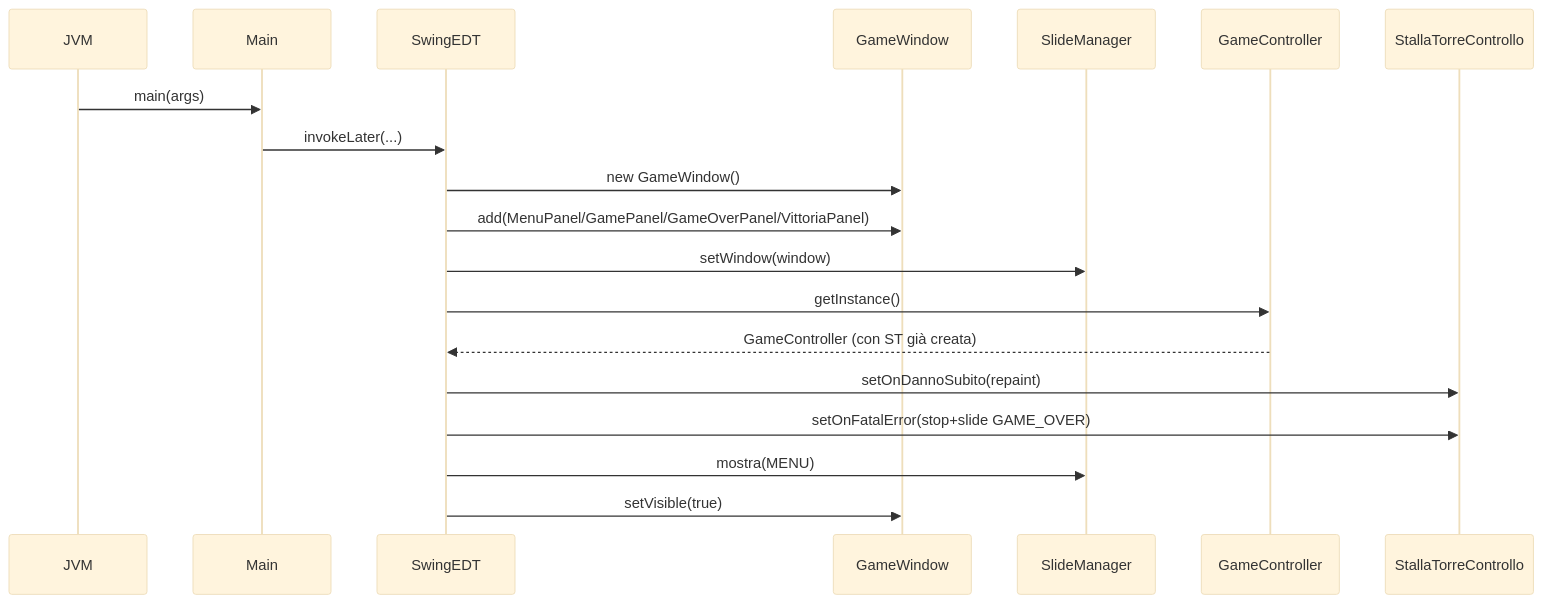
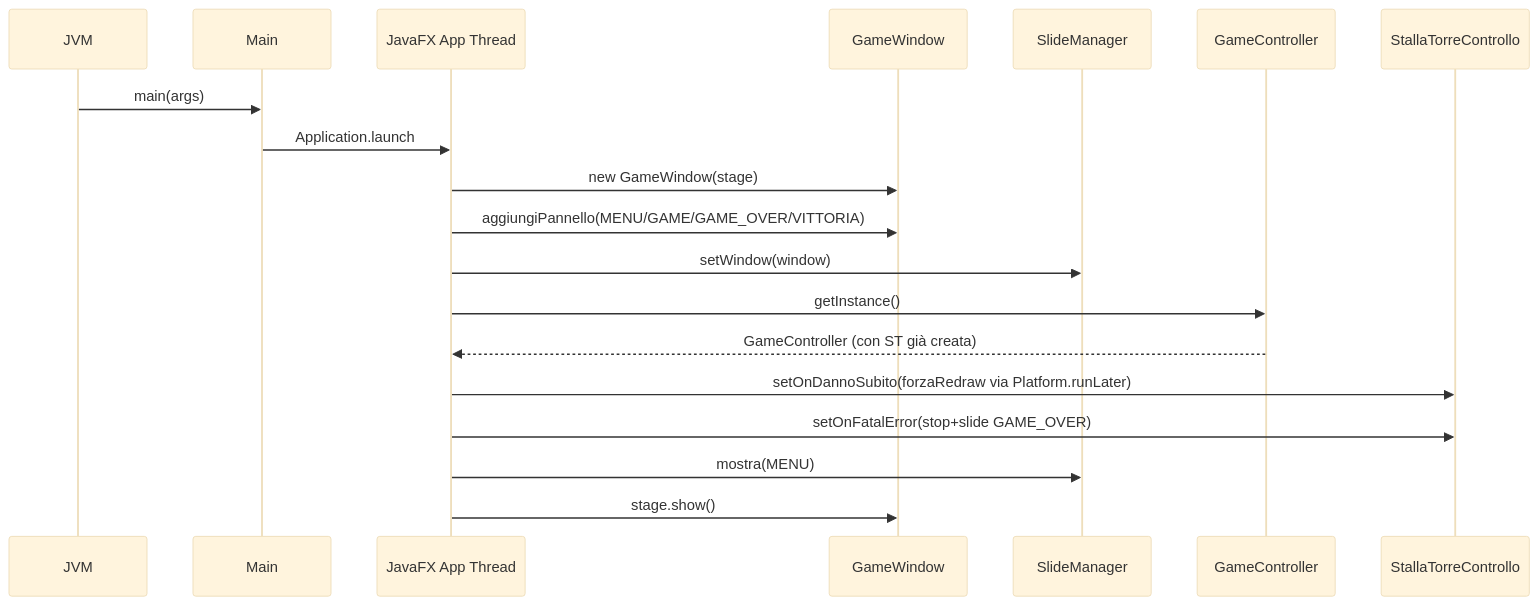
One commit to samuele-brusegan/mucche-alla-riscossa changed the second of 7 diagrams in docs/CODEBASE.md. Above: the diagram before and after it, drawn with Mermaid (base theme). The commit also changed other lines of this file and 11 other files, not shown here.

First line of the commit message:
feat(view): porta la UI da Swing a JavaFX

````diff
--- a/docs/CODEBASE.md
+++ b/docs/CODEBASE.md
@@ -521,22 +521,22 @@
 ```mermaid
 sequenceDiagram
     participant JVM
     participant Main
-    participant SwingEDT
+    participant FxApp as JavaFX App Thread
     participant GW as GameWindow
     participant SM as SlideManager
     participant GC as GameController
     participant ST as StallaTorreControllo
 
     JVM->>Main: main(args)
-    Main->>SwingEDT: invokeLater(...)
-    SwingEDT->>GW: new GameWindow()
-    SwingEDT->>GW: add(MenuPanel/GamePanel/GameOverPanel/VittoriaPanel)
-    SwingEDT->>SM: setWindow(window)
-    SwingEDT->>GC: getInstance()
-    GC-->>SwingEDT: GameController (con ST già creata)
-    SwingEDT->>ST: setOnDannoSubito(repaint)
-    SwingEDT->>ST: setOnFatalError(stop+slide GAME_OVER)
-    SwingEDT->>SM: mostra(MENU)
-    SwingEDT->>GW: setVisible(true)
+    Main->>FxApp: Application.launch
+    FxApp->>GW: new GameWindow(stage)
+    FxApp->>GW: aggiungiPannello(MENU/GAME/GAME_OVER/VITTORIA)
+    FxApp->>SM: setWindow(window)
+    FxApp->>GC: getInstance()
+    GC-->>FxApp: GameController (con ST già creata)
+    FxApp->>ST: setOnDannoSubito(forzaRedraw via Platform.runLater)
+    FxApp->>ST: setOnFatalError(stop+slide GAME_OVER)
+    FxApp->>SM: mostra(MENU)
+    FxApp->>GW: stage.show()
 ```
````
